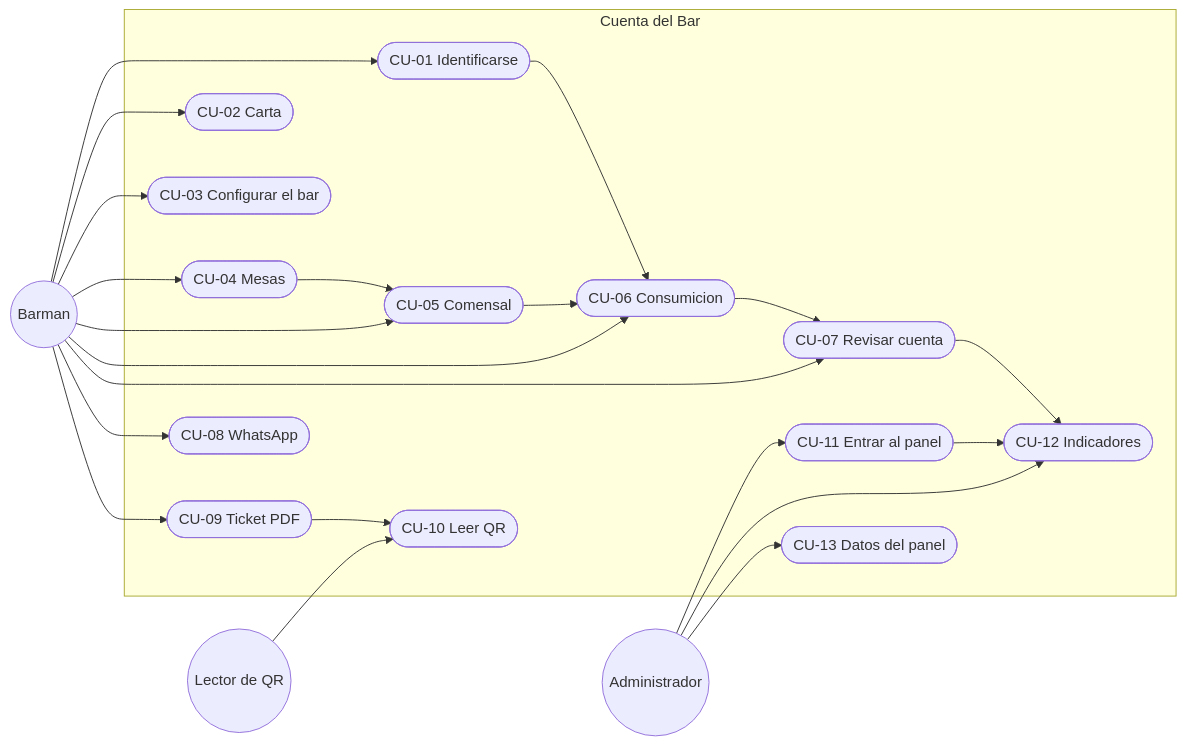
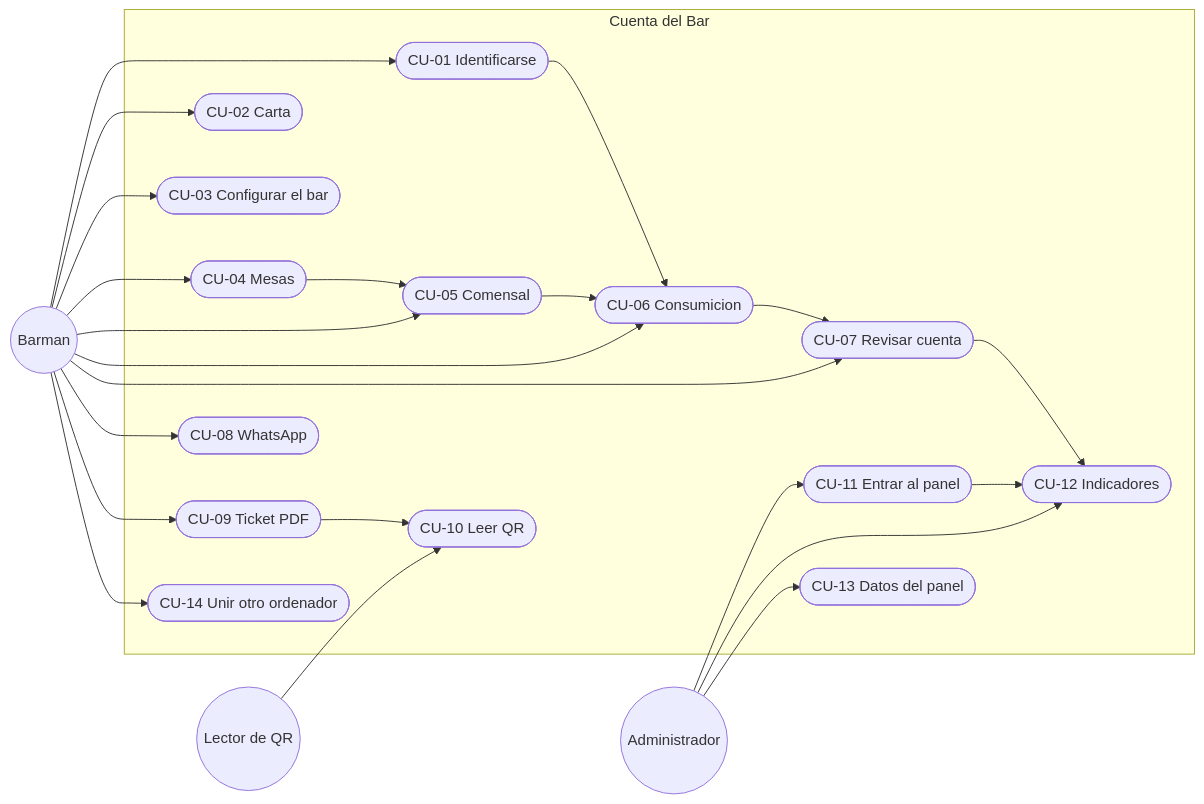
Before and after one commit to gracobjo/bar: the diagram in docs/casos-de-uso.md, drawn with Mermaid. The commit also changed other lines of this file and 8 other files, not shown here.

````diff
--- a/docs/casos-de-uso.md
+++ b/docs/casos-de-uso.md
@@ -239,41 +258,43 @@
 ```mermaid
 flowchart LR
   barman((Barman))
   admin((Administrador))
   lector((Lector de QR))
   subgraph app [Cuenta del Bar]
     cu01([CU-01 Identificarse])
     cu02([CU-02 Carta])
     cu03([CU-03 Configurar el bar])
     cu04([CU-04 Mesas])
     cu05([CU-05 Comensal])
     cu06([CU-06 Consumicion])
     cu07([CU-07 Revisar cuenta])
     cu08([CU-08 WhatsApp])
     cu09([CU-09 Ticket PDF])
     cu10([CU-10 Leer QR])
     cu11([CU-11 Entrar al panel])
     cu12([CU-12 Indicadores])
     cu13([CU-13 Datos del panel])
+    cu14([CU-14 Unir otro ordenador])
   end
   barman --> cu01
   barman --> cu02
   barman --> cu03
   barman --> cu04
   barman --> cu05
   barman --> cu06
   barman --> cu07
   barman --> cu08
   barman --> cu09
   admin --> cu11
   admin --> cu12
   admin --> cu13
   lector --> cu10
   cu09 --> cu10
   cu01 --> cu06
   cu04 --> cu05
   cu05 --> cu06
   cu06 --> cu07
   cu11 --> cu12
   cu07 --> cu12
+  barman --> cu14
 ```
````
